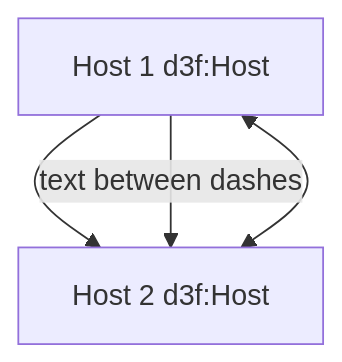
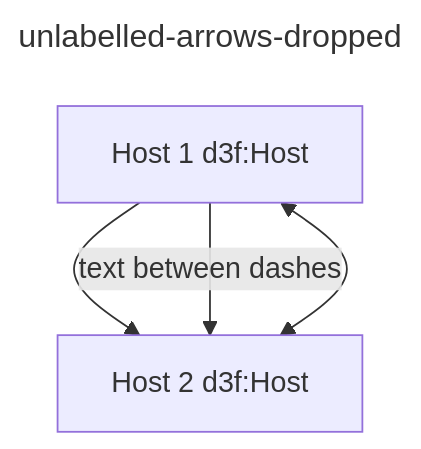
One commit to ioggstream/d3sign changed diagram 14 of 15 in app/src/data/examples/testcases.md. Above: the diagram before and after it, drawn with Mermaid. The commit also changed other lines of this file and 8 other files, not shown here.

Commit message:
Fix: #6. Diagram titles.

````diff
--- a/app/src/data/examples/testcases.md
+++ b/app/src/data/examples/testcases.md
@@ -488,17 +515,18 @@
 ```mermaid
 ---
 id: unlabelled-arrows-dropped
+title: unlabelled-arrows-dropped
 ---
 graph
 
 a[Host 1 d3f:Host]
 b[Host 2 d3f:Host]
 
 %% WHEN an arrow carries no predicate
 %% THEN there is no triple to emit:
 %%   the statement is reported as unrecognized,
 %%   or dropped when it still looks like an edge.
 a --> b
 a --text between dashes--> b
 a <--> b
 ```
````
